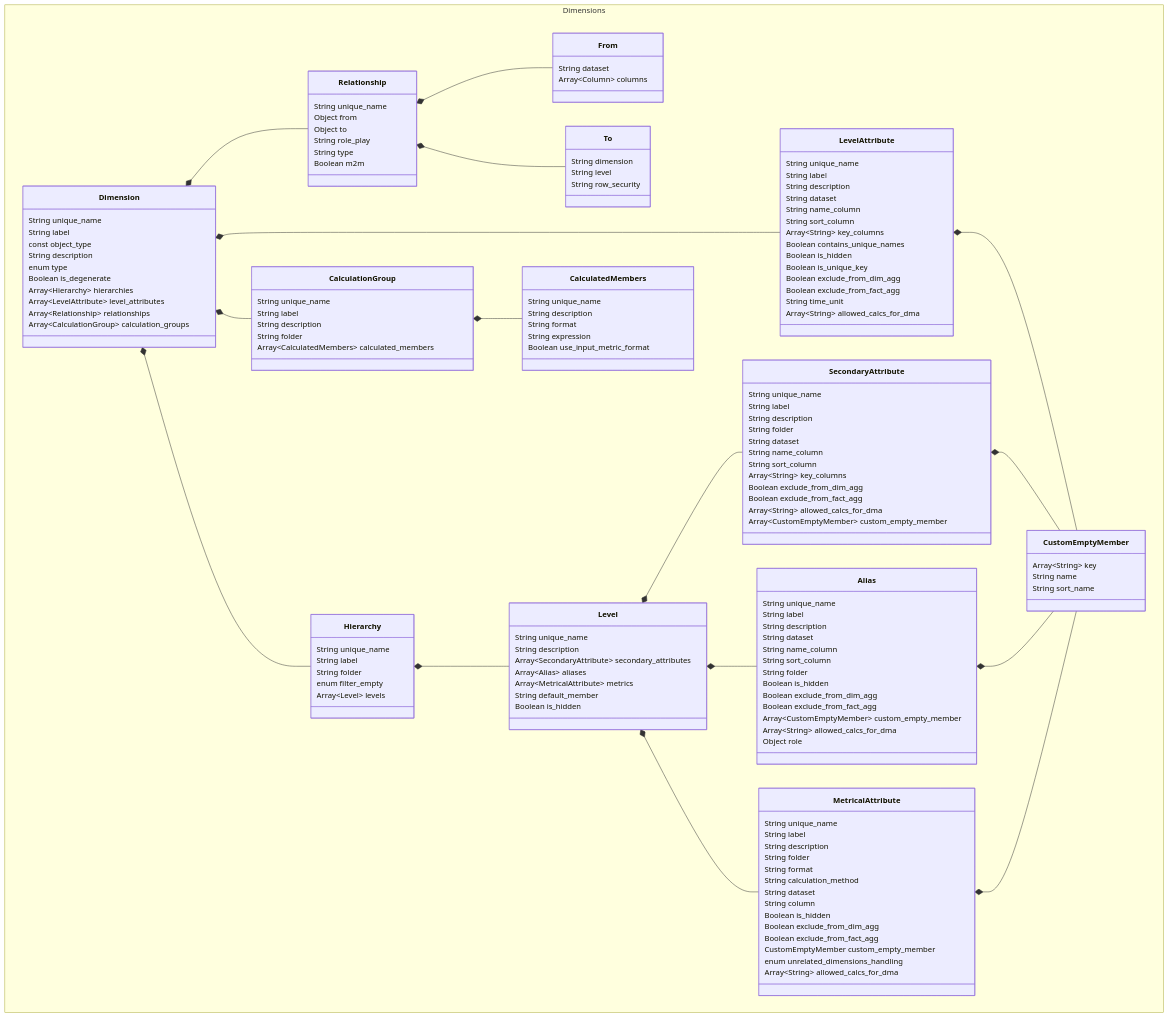
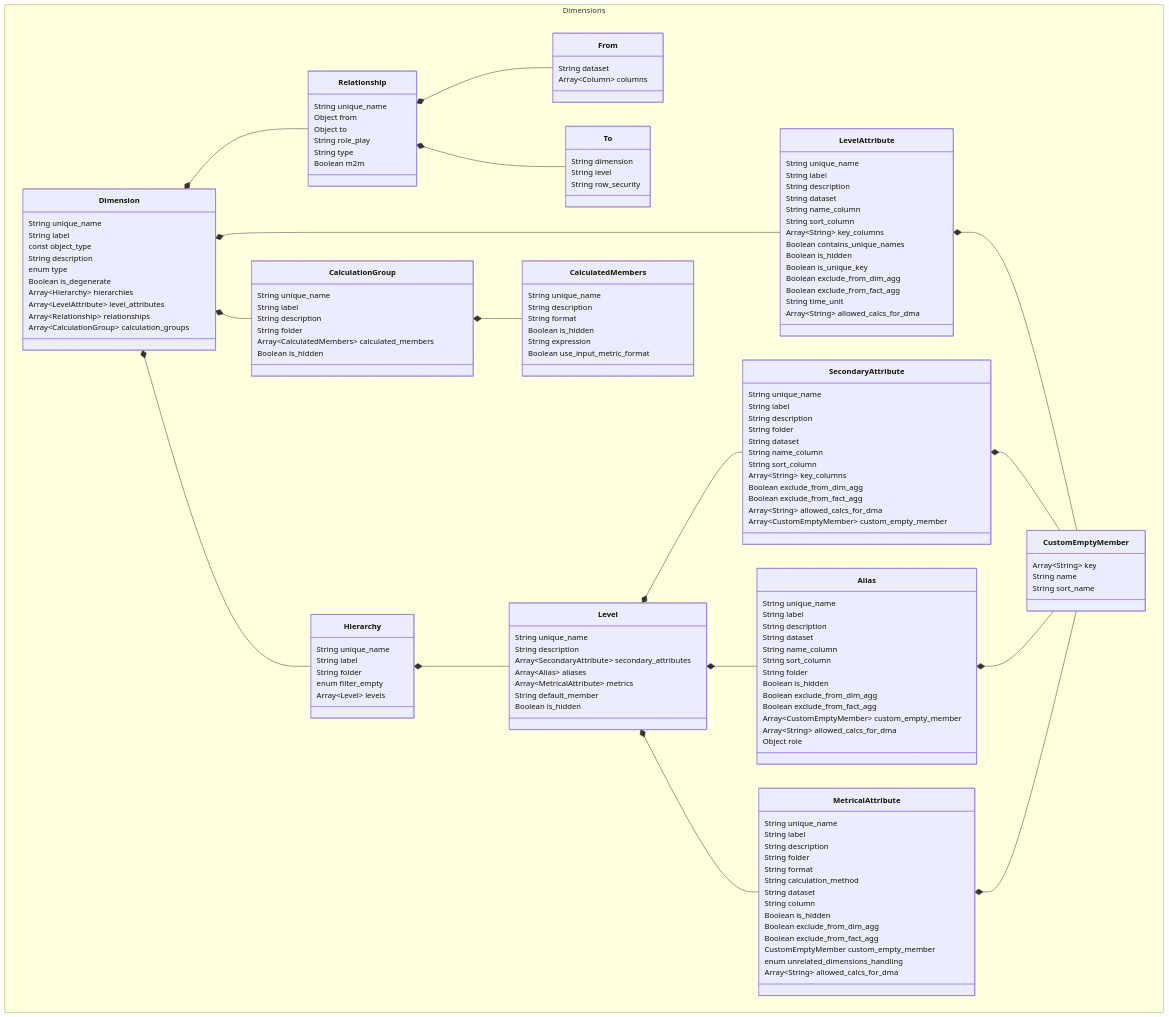
The diagram in sml-reference/dimension.md (semanticdatalayer/SML), drawn with Mermaid before and after one commit. The commit also changed other lines of this file, not shown here.

Commit message:
feat: add is_hidden property to calc groups and  calculated members

```diff
--- a/sml-reference/dimension.md
+++ b/sml-reference/dimension.md
@@ -281,11 +281,13 @@
       String description
       String folder
       Array~CalculatedMembers~ calculated_members
+      Boolean is_hidden
     }
     class CalculatedMembers{
       String unique_name
       String description
       String format
+      Boolean is_hidden
       String expression
       Boolean use_input_metric_format
     }
```
